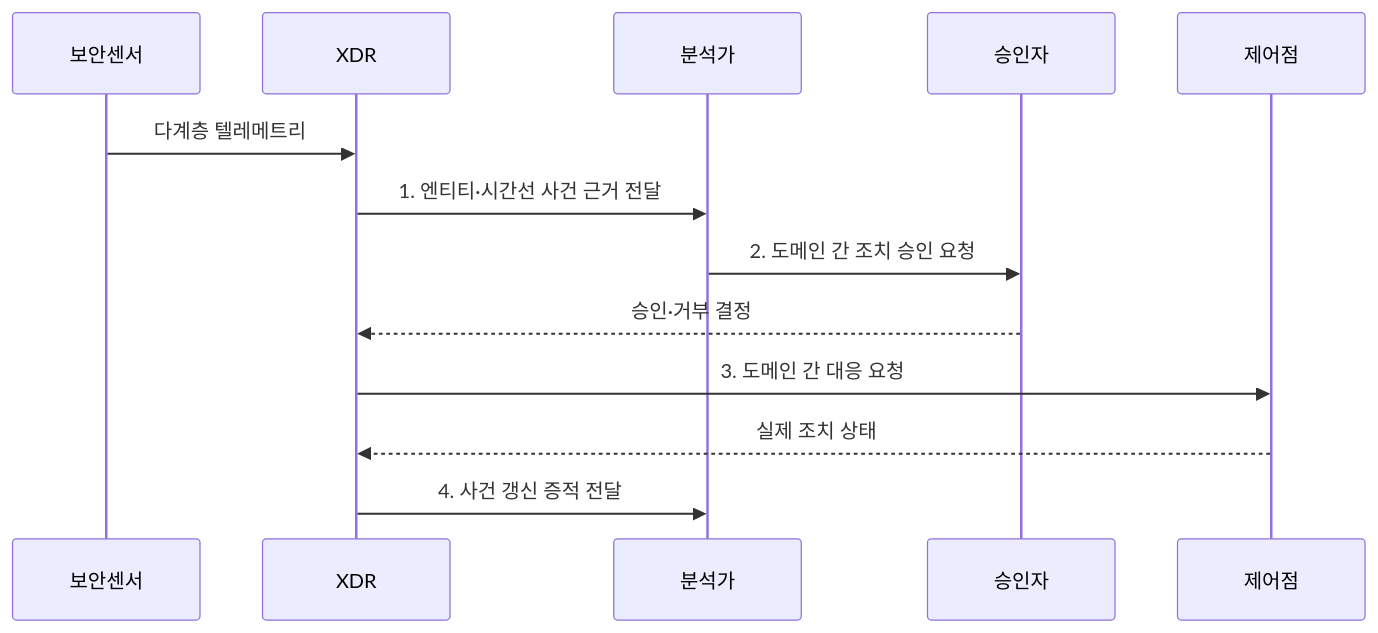
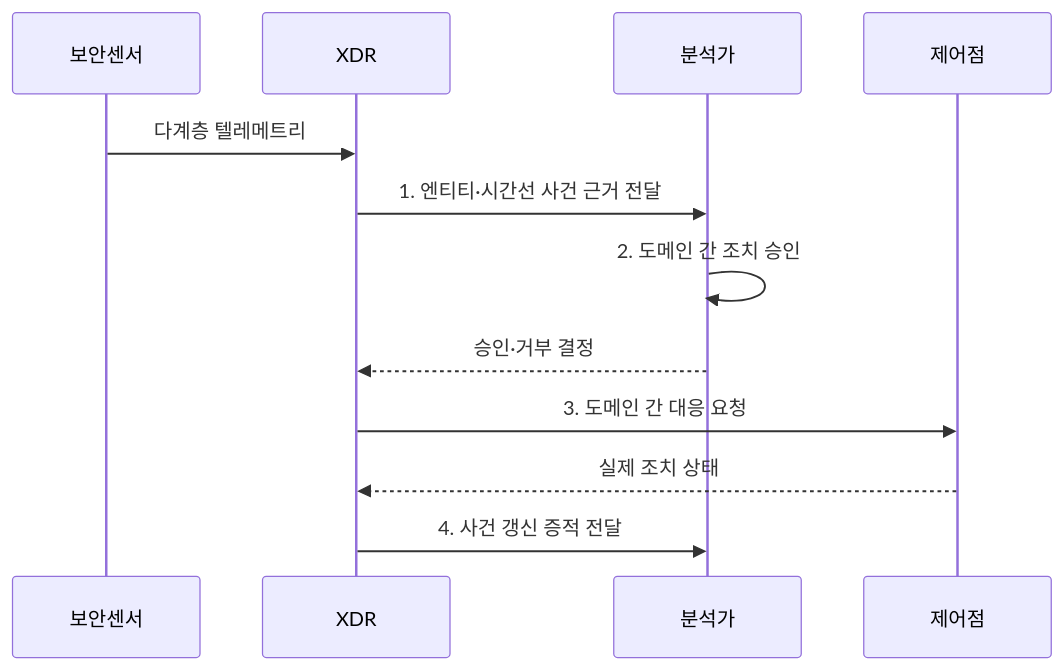
Before and after one commit to agnusdei1207/knowledge-base: the second of 2 diagrams in src/content/docs/notes/05-security/039_extended_detection_response.md, drawn with Mermaid. The commit also changed other lines of this file and 8 other files, not shown here.

````diff
--- a/src/content/docs/notes/05-security/039_extended_detection_response.md
+++ b/src/content/docs/notes/05-security/039_extended_detection_response.md
@@ -101,15 +101,14 @@
 ```mermaid
 sequenceDiagram
     participant 보안센서
     participant XDR
     participant 분석가
-    participant 승인자
     participant 제어점
     보안센서->>XDR: 다계층 텔레메트리
     XDR->>분석가: 1. 엔티티·시간선 사건 근거 전달
-    분석가->>승인자: 2. 도메인 간 조치 승인 요청
-    승인자-->>XDR: 승인·거부 결정
+    분석가->>분석가: 2. 도메인 간 조치 승인
+    분석가-->>XDR: 승인·거부 결정
     XDR->>제어점: 3. 도메인 간 대응 요청
     제어점-->>XDR: 실제 조치 상태
     XDR->>분석가: 4. 사건 갱신 증적 전달
 ```
````
